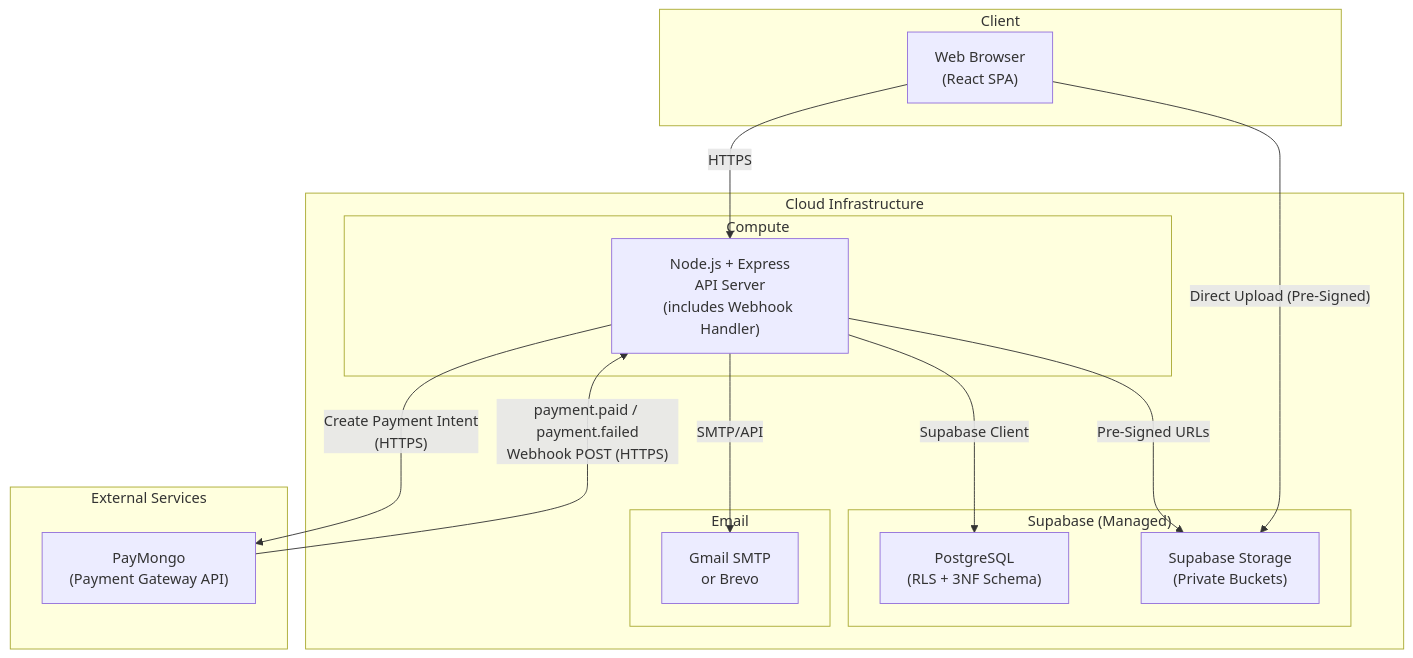
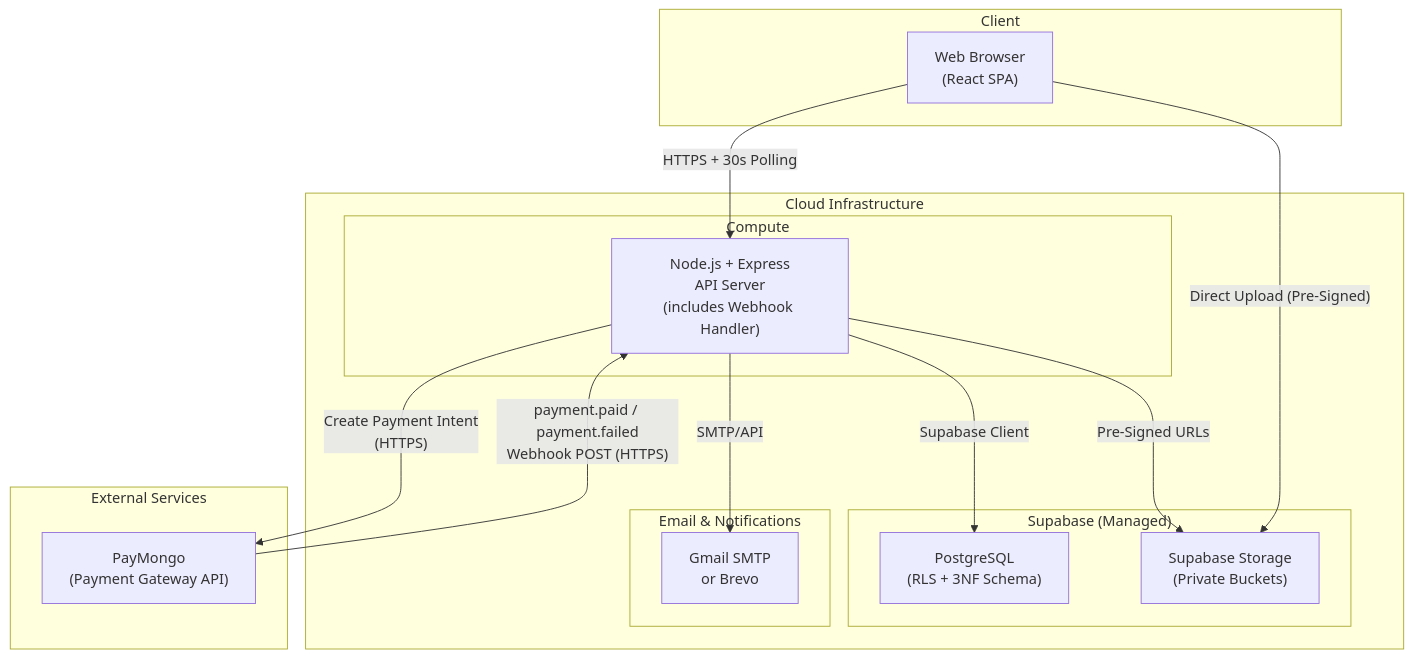
The sixth of 6 diagrams in system-planning/eBPLS_System_Architecture.md (albuerocedrick/ebpls), drawn with Mermaid before and after one commit. The commit also changed other lines of this file and 9 other files, not shown here.

````diff
--- a/system-planning/eBPLS_System_Architecture.md
+++ b/system-planning/eBPLS_System_Architecture.md
@@ -495,31 +522,31 @@
 ```mermaid
 graph TB
     subgraph "Client"
         BR["Web Browser<br/>(React SPA)"]
     end
 
     subgraph "Cloud Infrastructure"
         subgraph "Compute"
             API["Node.js + Express<br/>API Server<br/>(includes Webhook Handler)"]
         end
         subgraph "Supabase (Managed)"
             DB["PostgreSQL<br/>(RLS + 3NF Schema)"]
             ST["Supabase Storage<br/>(Private Buckets)"]
         end
-        subgraph "Email"
+        subgraph "Email & Notifications"
             SMTP["Gmail SMTP<br/>or Brevo"]
         end
     end
 
     subgraph "External Services"
         PM["PayMongo<br/>(Payment Gateway API)"]
     end
 
-    BR -->|"HTTPS"| API
+    BR -->|"HTTPS + 30s Polling"| API
     API -->|"Supabase Client"| DB
     API -->|"Pre-Signed URLs"| ST
     API -->|"SMTP/API"| SMTP
     BR -->|"Direct Upload (Pre-Signed)"| ST
     API -->|"Create Payment Intent<br/>(HTTPS)"| PM
     PM -->|"payment.paid / payment.failed<br/>Webhook POST (HTTPS)"| API
 ```
````
